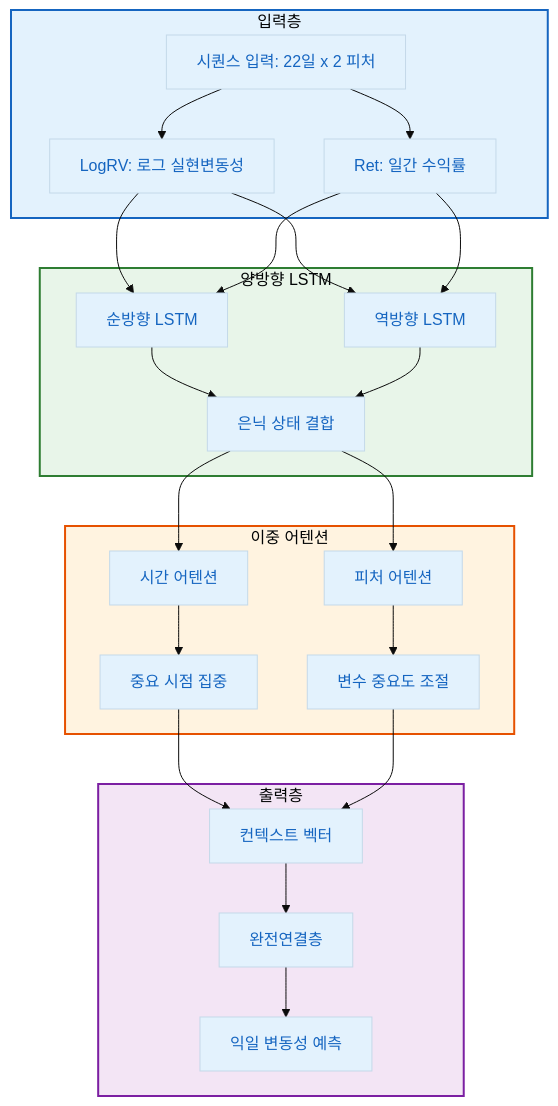
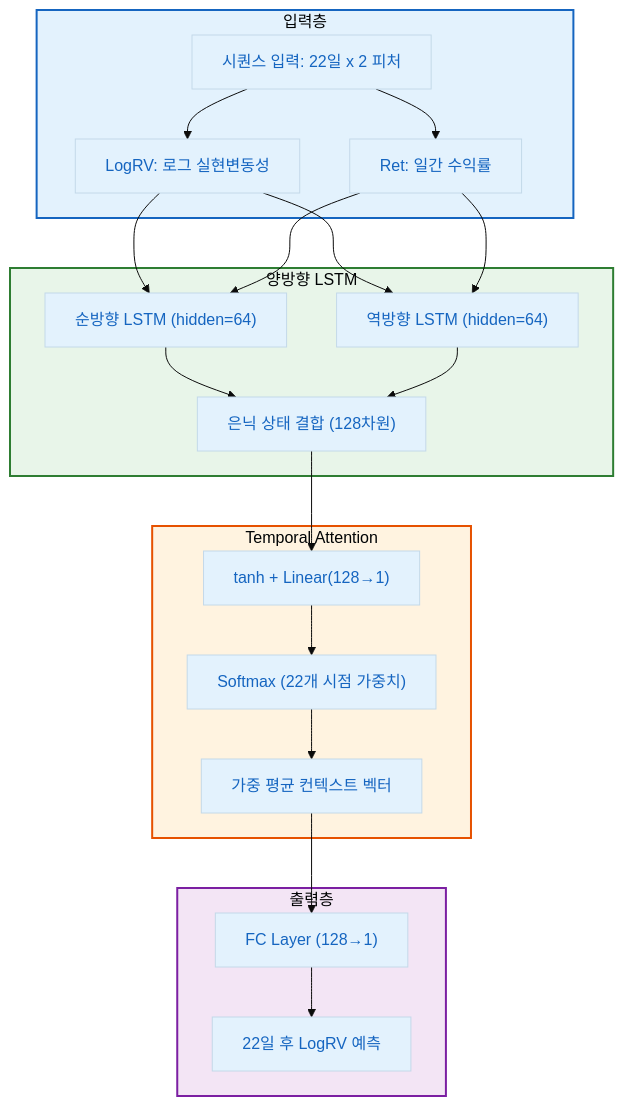
The diagram in experiments/1day_prediction.qmd (15tkdgns/vrp-paper), drawn with Mermaid before and after one commit. The commit also changed other lines of this file and 5 other files, not shown here.

````diff
--- a/experiments/1day_prediction.qmd
+++ b/experiments/1day_prediction.qmd
@@ -86,33 +44,31 @@
 ```{mermaid}
 %%{init: {'theme': 'base', 'themeVariables': { 'primaryColor': '#E3F2FD', 'primaryTextColor': '#1565C0'}}}%%
 flowchart TD
     subgraph INPUT["입력층"]
         A["시퀀스 입력: 22일 x 2 피처"]
         A --> B["LogRV: 로그 실현변동성"]
         A --> C["Ret: 일간 수익률"]
     end
     
     subgraph BILSTM["양방향 LSTM"]
-        B & C --> D["순방향 LSTM"]
-        B & C --> E["역방향 LSTM"]
-        D & E --> F["은닉 상태 결합"]
+        B & C --> D["순방향 LSTM (hidden=64)"]
+        B & C --> E["역방향 LSTM (hidden=64)"]
+        D & E --> F["은닉 상태 결합 (128차원)"]
     end
     
-    subgraph ATTENTION["이중 어텐션"]
-        F --> G["시간 어텐션"]
-        F --> H["피처 어텐션"]
-        G --> I["중요 시점 집중"]
-        H --> J["변수 중요도 조절"]
+    subgraph ATTENTION["Temporal Attention"]
+        F --> G["tanh + Linear(128→1)"]
+        G --> H["Softmax (22개 시점 가중치)"]
+        H --> I["가중 평균 컨텍스트 벡터"]
     end
     
     subgraph OUTPUT["출력층"]
-        I & J --> K["컨텍스트 벡터"]
-        K --> L["완전연결층"]
-        L --> M["익일 변동성 예측"]
+        I --> K["FC Layer (128→1)"]
+        K --> L["22일 후 LogRV 예측"]
     end
 
     style INPUT fill:#E3F2FD,stroke:#1565C0,stroke-width:2px
     style BILSTM fill:#E8F5E9,stroke:#2E7D32,stroke-width:2px
     style ATTENTION fill:#FFF3E0,stroke:#E65100,stroke-width:2px
     style OUTPUT fill:#F3E5F5,stroke:#7B1FA2,stroke-width:2px
 ```
````
